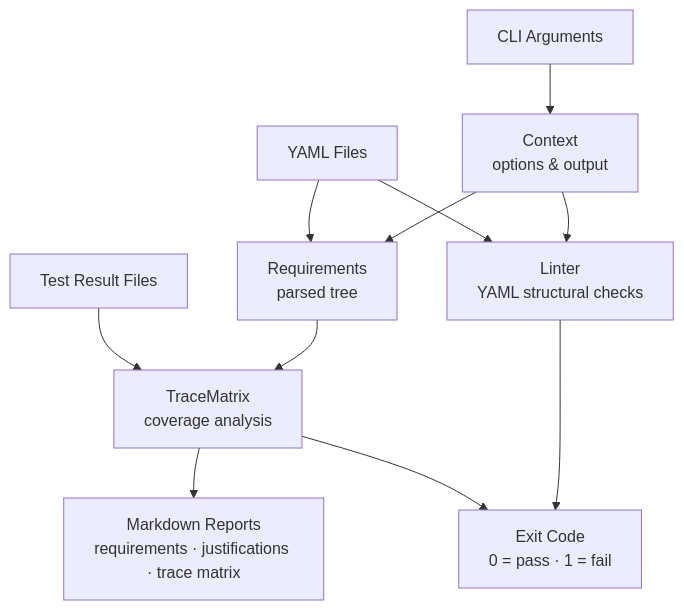
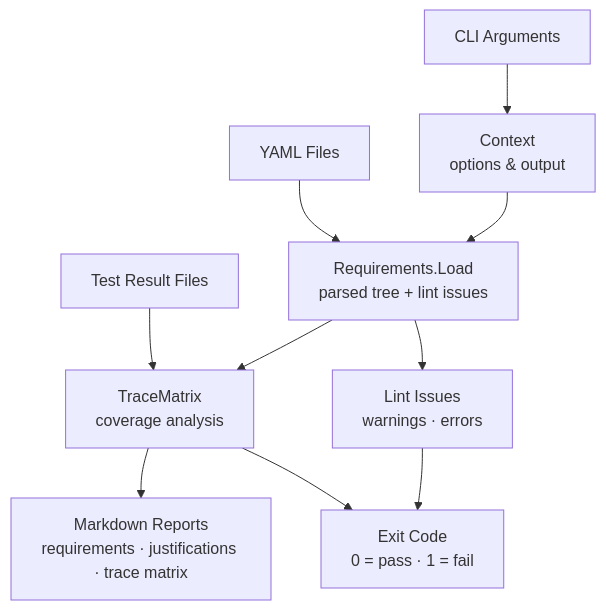
One commit to demaconsulting/ReqStream changed the diagram in docs/design/reqstream/reqstream.md. Above: the diagram before and after it, drawn with Mermaid.

Commit message:
docs: align reqstream interaction diagram with Requirements.Load flow
Agent-Logs-Url: https://github.com/demaconsulting/ReqStream/sessions/bd08e732-47a2-45f3-ac7e-440c75658dbb

````diff
--- a/docs/design/reqstream/reqstream.md
+++ b/docs/design/reqstream/reqstream.md
@@ -103,23 +103,22 @@
 ```mermaid
 flowchart TD
     yaml[YAML Files]
     tests[Test Result Files]
     args[CLI Arguments]
     ctx[Context<br/>options & output]
-    req[Requirements<br/>parsed tree]
+    req[Requirements.Load<br/>parsed tree + lint issues]
     tm[TraceMatrix<br/>coverage analysis]
-    lint[Linter<br/>YAML structural checks]
+    issues[Lint Issues<br/>warnings · errors]
     reports[Markdown Reports<br/>requirements · justifications · trace matrix]
     exit[Exit Code<br/>0 = pass · 1 = fail]
 
     yaml --> req
-    yaml --> lint
     tests --> tm
     args --> ctx
     ctx --> req
-    ctx --> lint
     req --> tm
+    req --> issues
     tm --> reports
     tm --> exit
-    lint --> exit
+    issues --> exit
 ```
````
